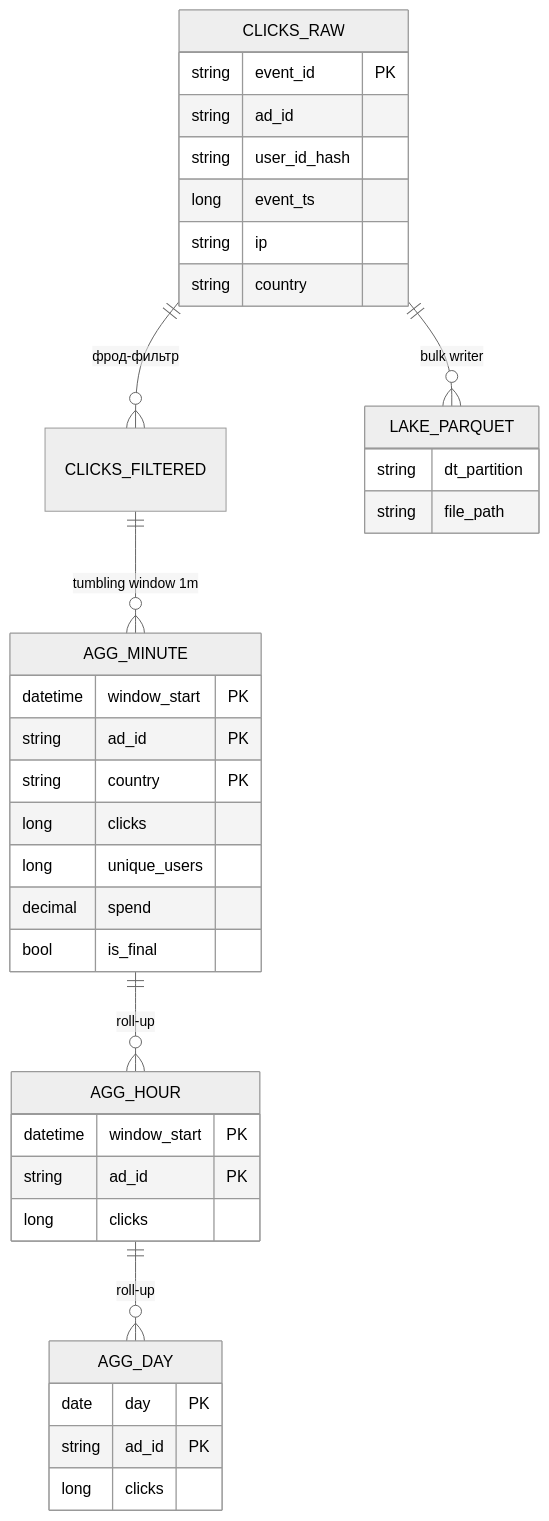
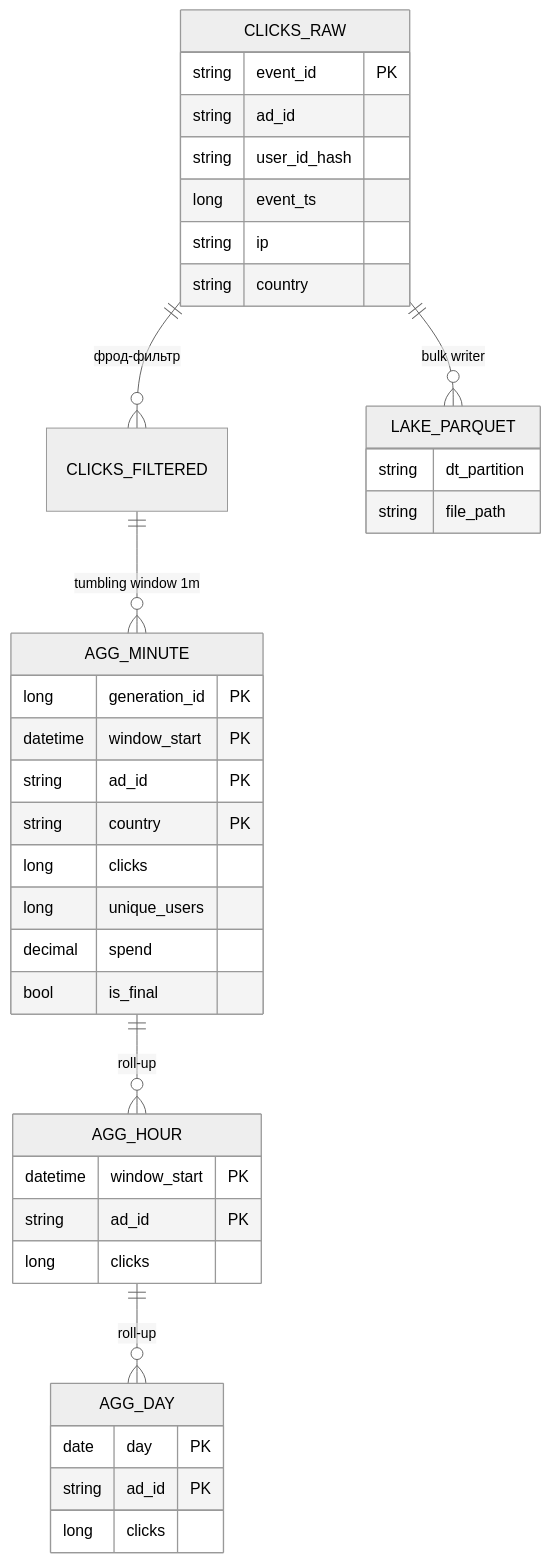
Before and after one commit to AlohaJava/system-design-interview-chamkin: the second of 6 diagrams in 02-case-studies/ad-click-aggregation.md, drawn with Mermaid (neutral theme). The commit also changed other lines of this file and 49 other files, not shown here.

````diff
--- a/02-case-studies/ad-click-aggregation.md
+++ b/02-case-studies/ad-click-aggregation.md
@@ -228,40 +238,41 @@
 ```mermaid
 erDiagram
     CLICKS_RAW ||--o{ CLICKS_FILTERED : "фрод-фильтр"
     CLICKS_FILTERED ||--o{ AGG_MINUTE : "tumbling window 1m"
     AGG_MINUTE ||--o{ AGG_HOUR : "roll-up"
     AGG_HOUR ||--o{ AGG_DAY : "roll-up"
     CLICKS_RAW ||--o{ LAKE_PARQUET : "bulk writer"
 
     CLICKS_RAW {
         string event_id PK
         string ad_id
         string user_id_hash
         long event_ts
         string ip
         string country
     }
     AGG_MINUTE {
+        long generation_id PK
         datetime window_start PK
         string ad_id PK
         string country PK
         long clicks
         long unique_users
         decimal spend
         bool is_final
     }
     AGG_HOUR {
         datetime window_start PK
         string ad_id PK
         long clicks
     }
     AGG_DAY {
         date day PK
         string ad_id PK
         long clicks
     }
     LAKE_PARQUET {
         string dt_partition
         string file_path
     }
 ```
````
